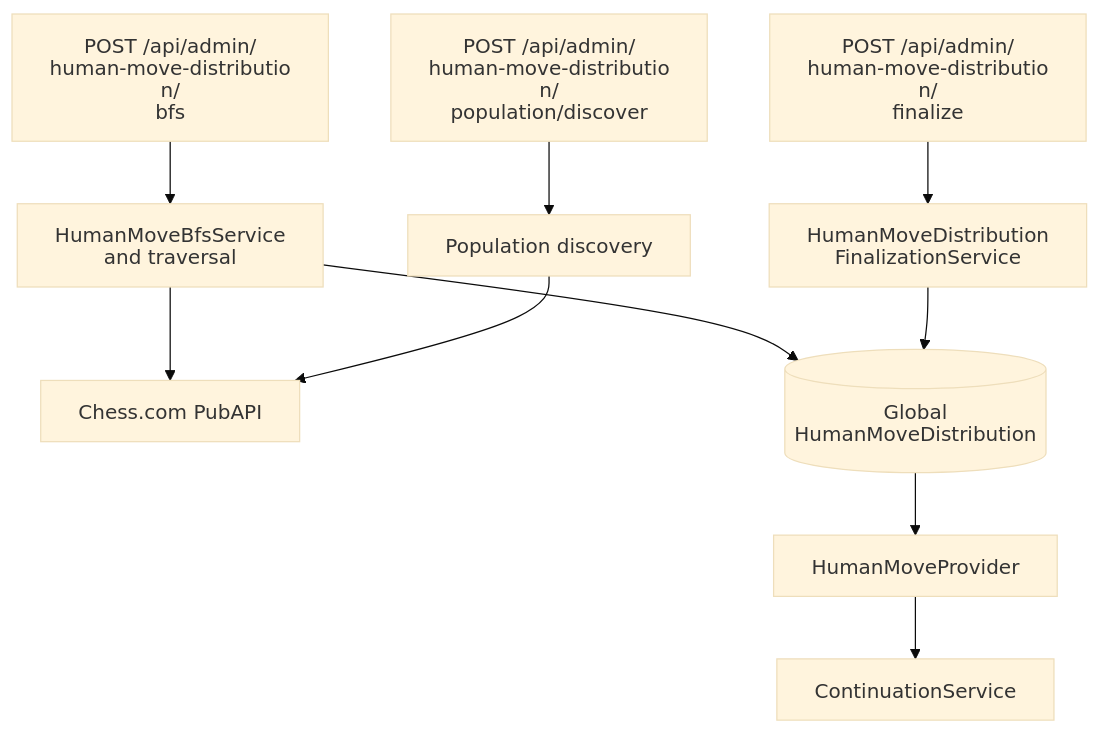
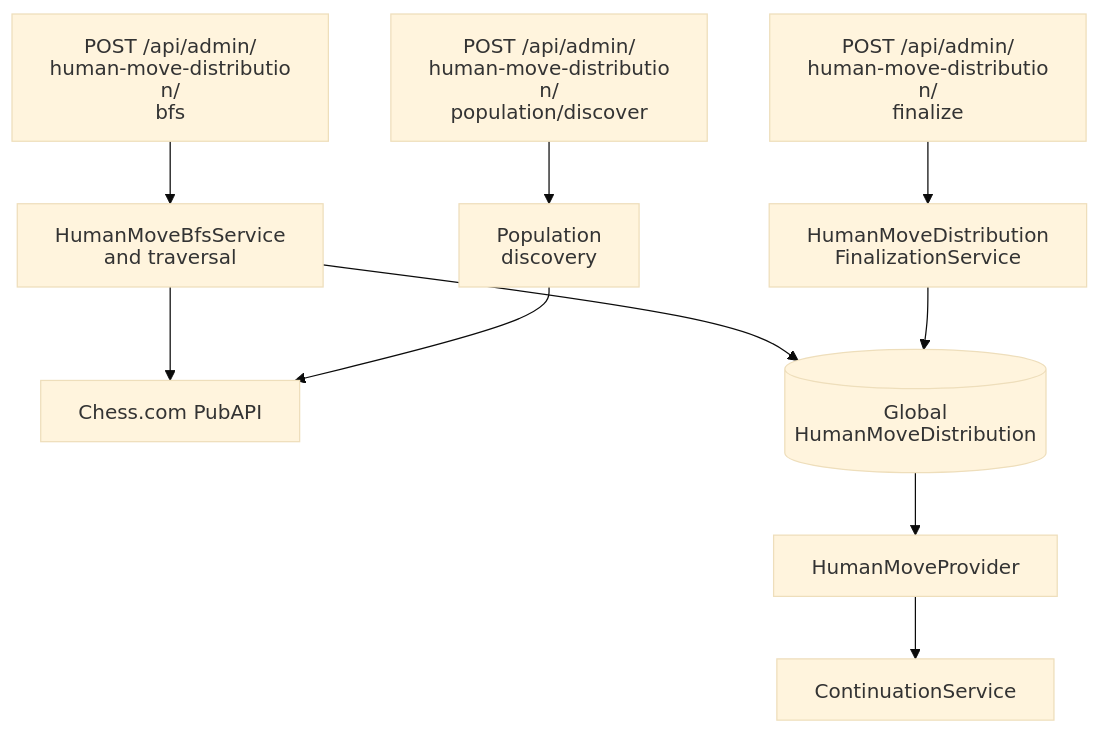
Before and after one commit to NathanZK/ChessEcho: the eighth of 11 diagrams in docs/architecture/backend-architecture.md, drawn with Mermaid (base theme). The commit also changed other lines of this file and 13 other files, not shown here.

Commit message:
docs(architecture): reconcile ChessProbe documentation architecture, system topology, API contract, and testing specifications (#785)

````diff
--- a/docs/architecture/backend-architecture.md
+++ b/docs/architecture/backend-architecture.md
@@ -262,13 +361,13 @@
 ```mermaid
 %%{init: {"htmlLabels": false, "flowchart": {"htmlLabels": false}}}%%
 flowchart TB
     BFS["POST /api/admin/<br/>human-move-distribution/<br/>bfs"] --> Traverse["HumanMoveBfsService<br/>and traversal"]
     Traverse --> ChessCom[Chess.com PubAPI]
     Traverse --> Global[("Global<br/>HumanMoveDistribution")]
-    Discover["POST /api/admin/<br/>human-move-distribution/<br/>population/discover"] --> DiscoverService[Population discovery]
+    Discover["POST /api/admin/<br/>human-move-distribution/<br/>population/discover"] --> DiscoverService["Population<br/>discovery"]
     DiscoverService --> ChessCom
     Finalize["POST /api/admin/<br/>human-move-distribution/<br/>finalize"] --> Finalizer["HumanMoveDistribution<br/>FinalizationService"]
     Finalizer --> Global
     Global --> Provider[HumanMoveProvider]
     Provider --> Continuation[ContinuationService]
 ```
````
